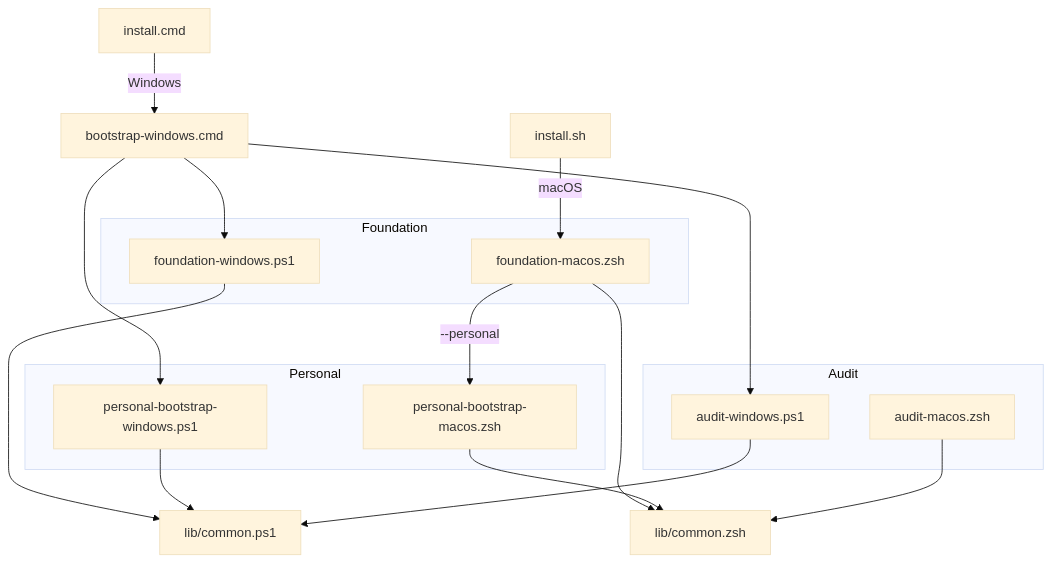
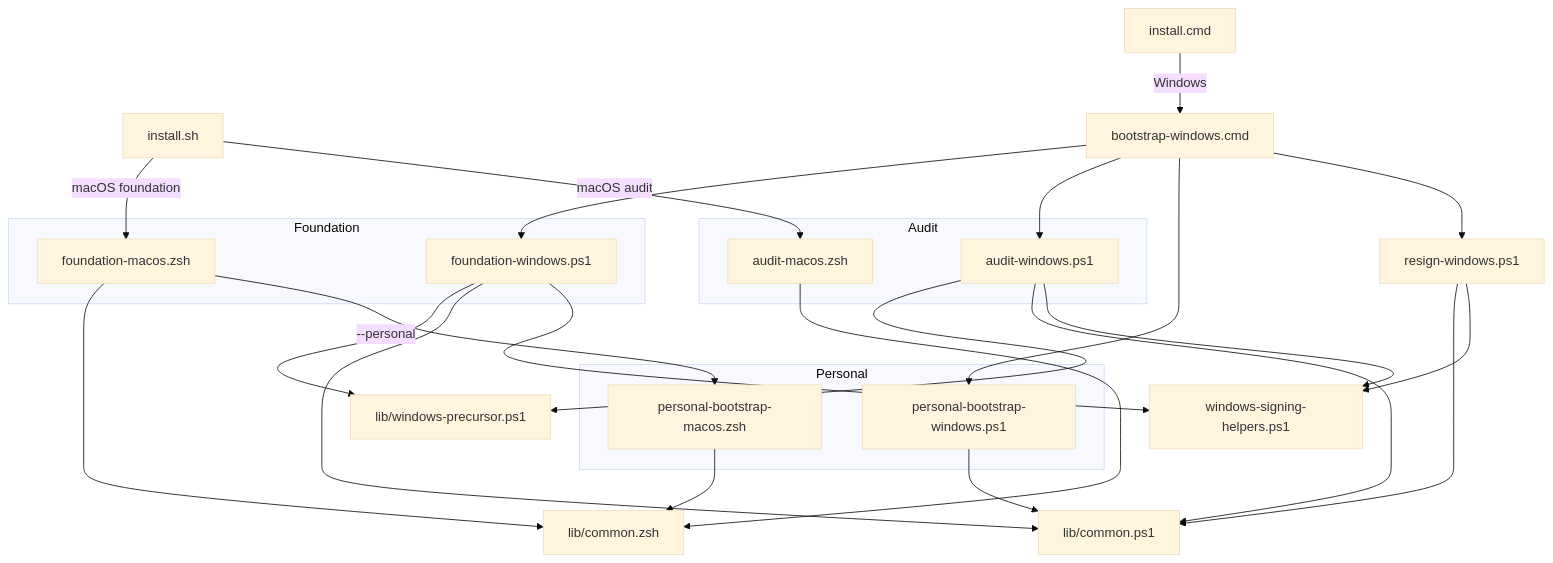
Before and after one commit to benjaminwestern/dotfiles: the diagram in README.md, drawn with Mermaid (base theme). The commit also changed other lines of this file and 4 other files, not shown here.

````diff
--- a/README.md
+++ b/README.md
@@ -212,34 +212,40 @@
 ```mermaid
 flowchart TD
-    A["install.sh"] -->|macOS| B["foundation-macos.zsh"]
+    A["install.sh"] -->|macOS foundation| B["foundation-macos.zsh"]
+    A -->|macOS audit| H["audit-macos.zsh"]
     J["install.cmd"] -->|Windows| K["bootstrap-windows.cmd"]
     K --> C["foundation-windows.ps1"]
     K --> I["audit-windows.ps1"]
     K --> G["personal-bootstrap-windows.ps1"]
+    K --> R["resign-windows.ps1"]
 
     B --> D["lib/common.zsh"]
+    H --> D
+    B -->|"--personal"| F["personal-bootstrap-macos.zsh"]
+    F --> D
+
+    C --> P["lib/windows-precursor.ps1"]
+    I --> P
     C --> E["lib/common.ps1"]
-
-    B -->|"--personal"| F["personal-bootstrap-macos.zsh"]
-
-    F --> D
+    C --> S["windows-signing-helpers.ps1"]
+    I --> E
+    I --> S
     G --> E
-
-    H["audit-macos.zsh"] --> D
-    I["audit-windows.ps1"] --> E
+    R --> E
+    R --> S
 
     subgraph Foundation
         B
         C
     end
 
     subgraph Personal
         F
         G
     end
 
     subgraph Audit
         H
         I
     end
 ```
````
